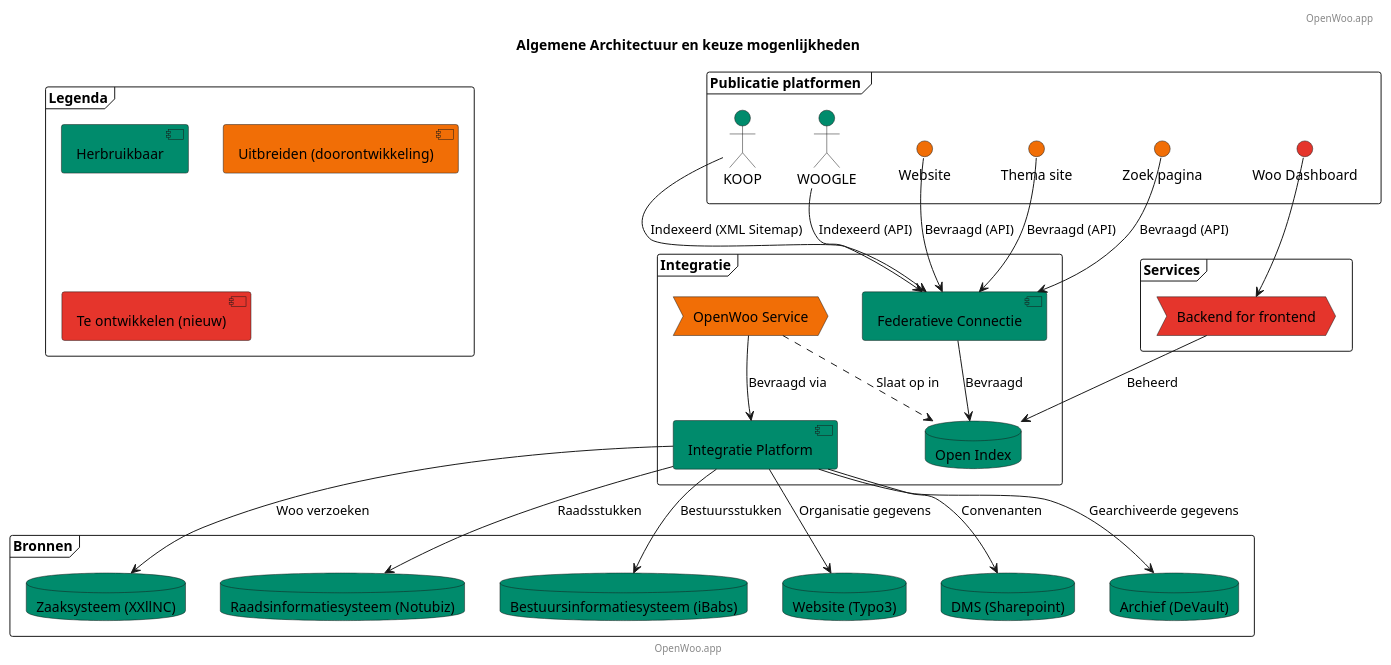
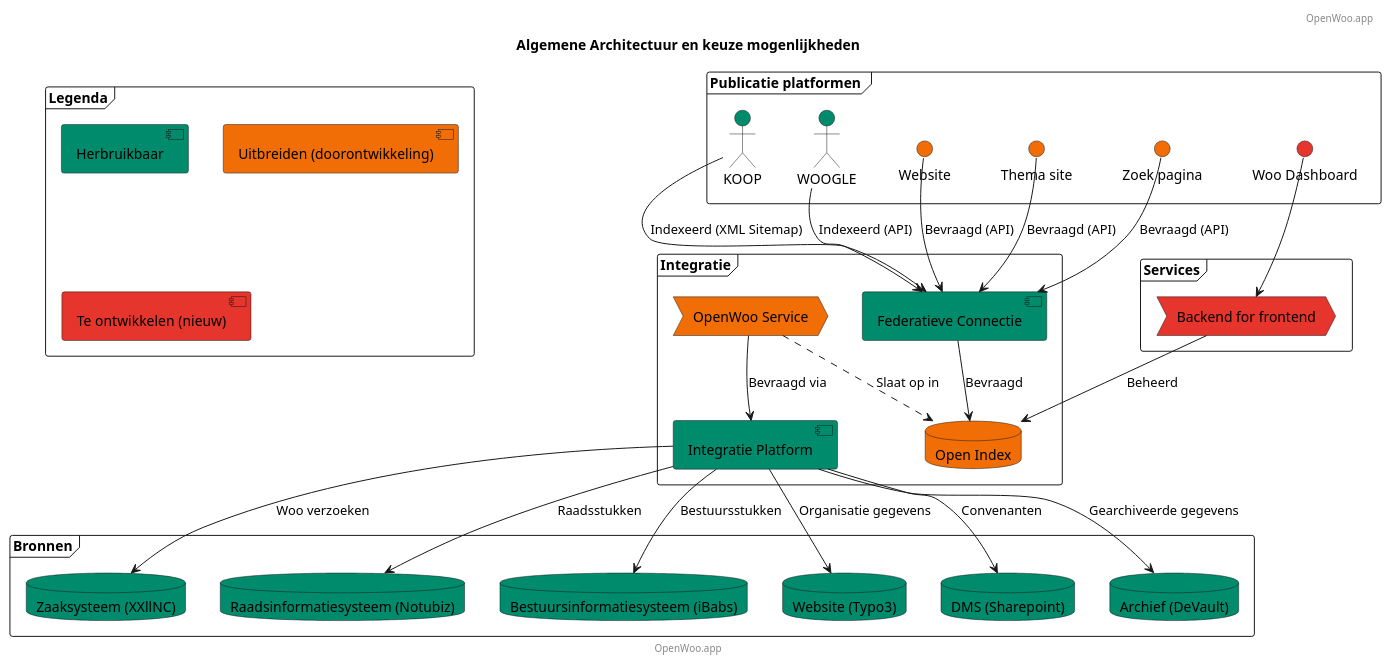
The diagram in docs/Tilburg.puml (ConductionNL/woo-website-template), drawn with PlantUML before and after one commit. The commit also changed 1 other file, not shown here.

```diff
--- a/docs/Tilburg.puml
+++ b/docs/Tilburg.puml
@@ -1,68 +1,68 @@
 @startuml
 title Algemene Architectuur en keuze mogenlijkheden
 footer: OpenWoo.app
 header: OpenWoo.app
 
 
 ' Publicatie platformen (Laag 5 UI)
 frame "Publicatie platformen " {
     interface "Woo Dashboard" AS OiDashboard #e5352c
     actor "KOOP"  as KOOP #008b6C
     actor   "WOOGLE" as WOOGLE #008b6C
     interface "Website" AS Website #F16E06
     interface "Thema site" as Themasite #F16E06
     interface "Zoek pagina" as Searchsite #F16E06
 }
 
 ' Services(Laag 4)
 frame "Services" {
     process "Backend for frontend"  as OiBF #e5352c
 }
 
 ' Integratie (Laag 3)
 frame "Integratie" {
-    database "Open Index"  as OI #008b6C
+    database "Open Index"  as OI #F16E06
     component "Federatieve Connectie"  as FCS #008b6C
     process "OpenWoo Service"  as OWS #F16E06
     component "Integratie Platform"  as IP #008b6C
 }
 
 ' Bronnen (Laag 2)
 frame "Bronnen" {
     database "Zaaksysteem (XXllNC)" as ZRC #008b6C
     database "Raadsinformatiesysteem (Notubiz)" as RIS #008b6C
     database "Bestuursinformatiesysteem (iBabs)" as BIS #008b6C
     database "Website (Typo3)" as CMS #008b6C
     database "DMS (Sharepoint)" as SP #008b6C
     database "Archief (DeVault)" as DEPOT #008b6C
 }
 
 frame "Legenda" {
     component "Herbruikbaar" #008b6C
     component "Uitbreiden (doorontwikkeling)" #F16E06
     component "Te ontwikkelen (nieuw)" #e5352c
 
 
 
 }
 
 OiDashboard -down-> OiBF
 OWS --> IP: Bevraagd via
 IP -down-> ZRC: Woo verzoeken
 IP -down-> SP: Convenanten
 IP -down-> RIS: Raadsstukken
 IP -down-> BIS: Bestuursstukken
 IP -down-> CMS: Organisatie gegevens
 IP -down-> DEPOT: Gearchiveerde gegevens
 OWS ..> OI: Slaat op in
 OiBF --> OI: Beheerd
 
 FCS --> OI : Bevraagd
 
 KOOP -down-> FCS : Indexeerd (XML Sitemap)
 WOOGLE -down-> FCS : Indexeerd (API)
 Website -down-> FCS : Bevraagd (API)
 Themasite -down-> FCS : Bevraagd (API)
 Searchsite -down-> FCS : Bevraagd (API)
 
 @enduml
```
